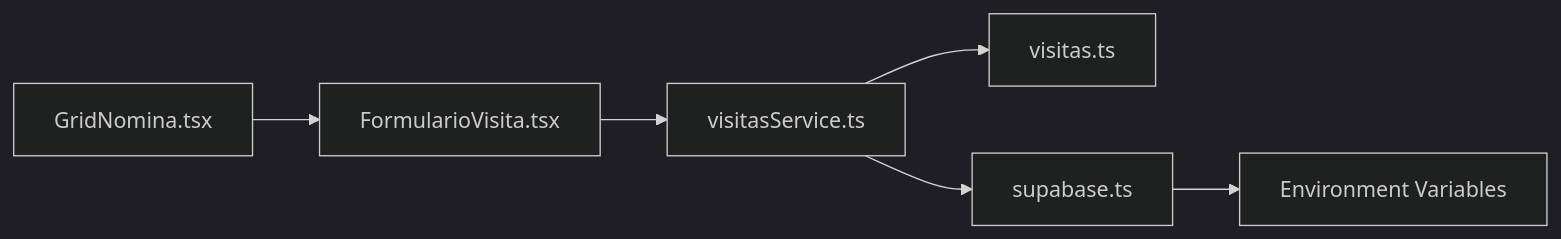
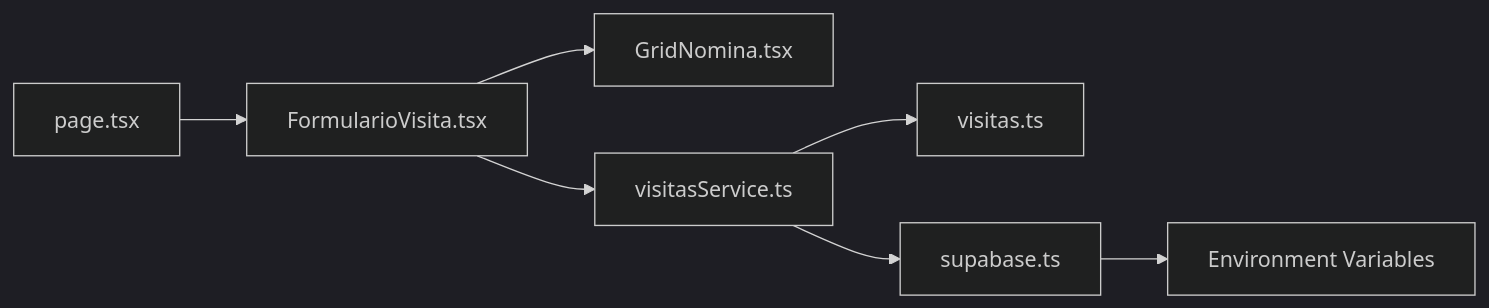
One commit to AgusCatra/simu-twin-web changed the fourth of 4 diagrams in .qoder/repowiki/en/content/Core Services & Business Logic/Visit Management Service.md. Above: the diagram before and after it, drawn with Mermaid (dark theme). The commit also changed other lines of this file and 21 other files, not shown here.

````diff
--- a/.qoder/repowiki/en/content/Core Services & Business Logic/Visit Management Service.md
+++ b/.qoder/repowiki/en/content/Core Services & Business Logic/Visit Management Service.md
@@ -272,8 +445,9 @@
 ```mermaid
 graph LR
-UI["FormularioVisita.tsx"] --> SVC["visitasService.ts"]
-GN["GridNomina.tsx"] --> UI
+PAGE["page.tsx"] --> FORM["FormularioVisita.tsx"]
+FORM --> GRID["GridNomina.tsx"]
+FORM --> SVC["visitasService.ts"]
 SVC --> TYPES["visitas.ts"]
 SVC --> SUP["supabase.ts"]
 SUP --> ENV["Environment Variables"]
 ```
````
